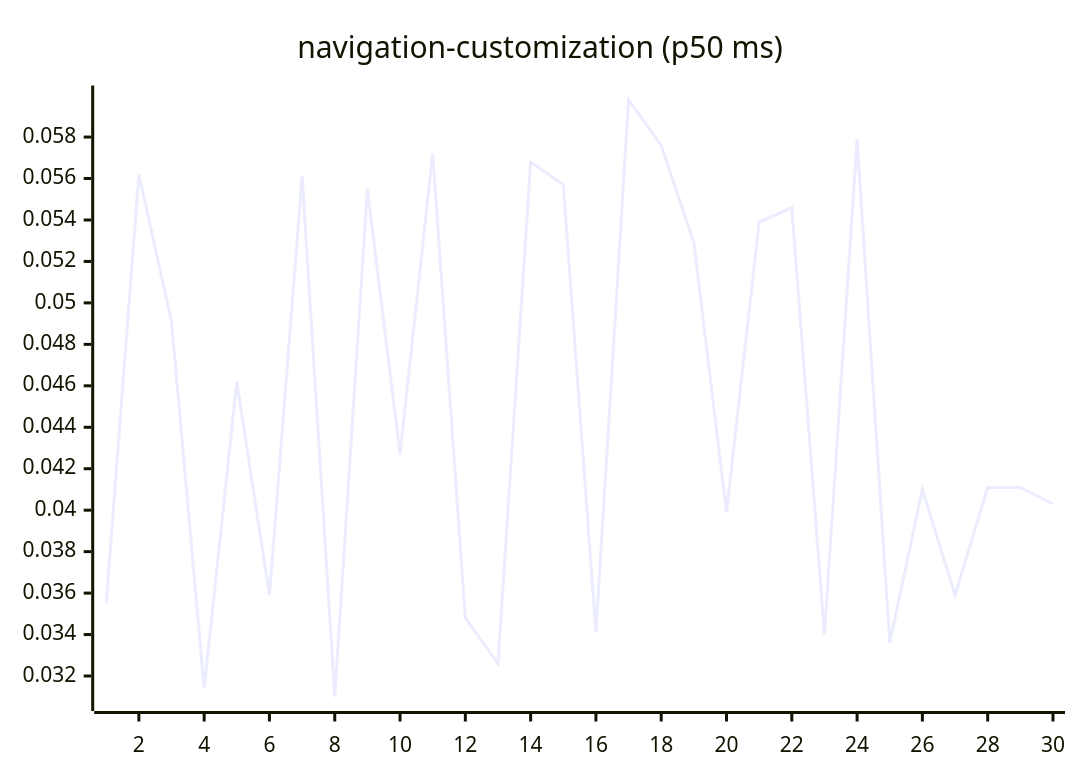
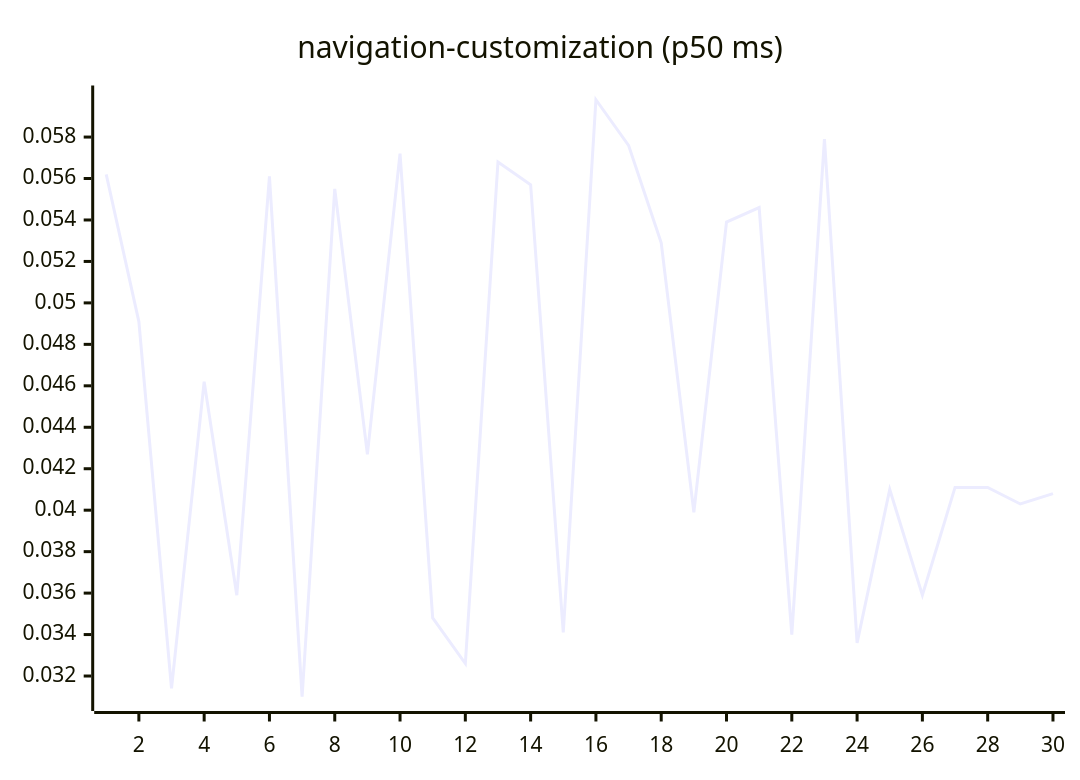
One commit to josha/Facet changed diagram 15 of 27 in README.md. Above: the diagram before and after it, drawn with Mermaid. The commit also changed other lines of this file and 2 other files, not shown here.

````diff
--- a/README.md
+++ b/README.md
@@ -161,6 +161,6 @@
 ```mermaid
 xychart-beta
     title "navigation-customization (p50 ms)"
     x-axis 1 --> 30
-    line [0.0355, 0.0562, 0.0491, 0.0314, 0.0462, 0.0359, 0.0561, 0.0310, 0.0555, 0.0427, 0.0572, 0.0348, 0.0326, 0.0568, 0.0557, 0.0341, 0.0598, 0.0576, 0.0529, 0.0399, 0.0539, 0.0546, 0.0340, 0.0579, 0.0336, 0.0410, 0.0359, 0.0411, 0.0411, 0.0403]
+    line [0.0562, 0.0491, 0.0314, 0.0462, 0.0359, 0.0561, 0.0310, 0.0555, 0.0427, 0.0572, 0.0348, 0.0326, 0.0568, 0.0557, 0.0341, 0.0598, 0.0576, 0.0529, 0.0399, 0.0539, 0.0546, 0.0340, 0.0579, 0.0336, 0.0410, 0.0359, 0.0411, 0.0411, 0.0403, 0.0408]
 ```
````
